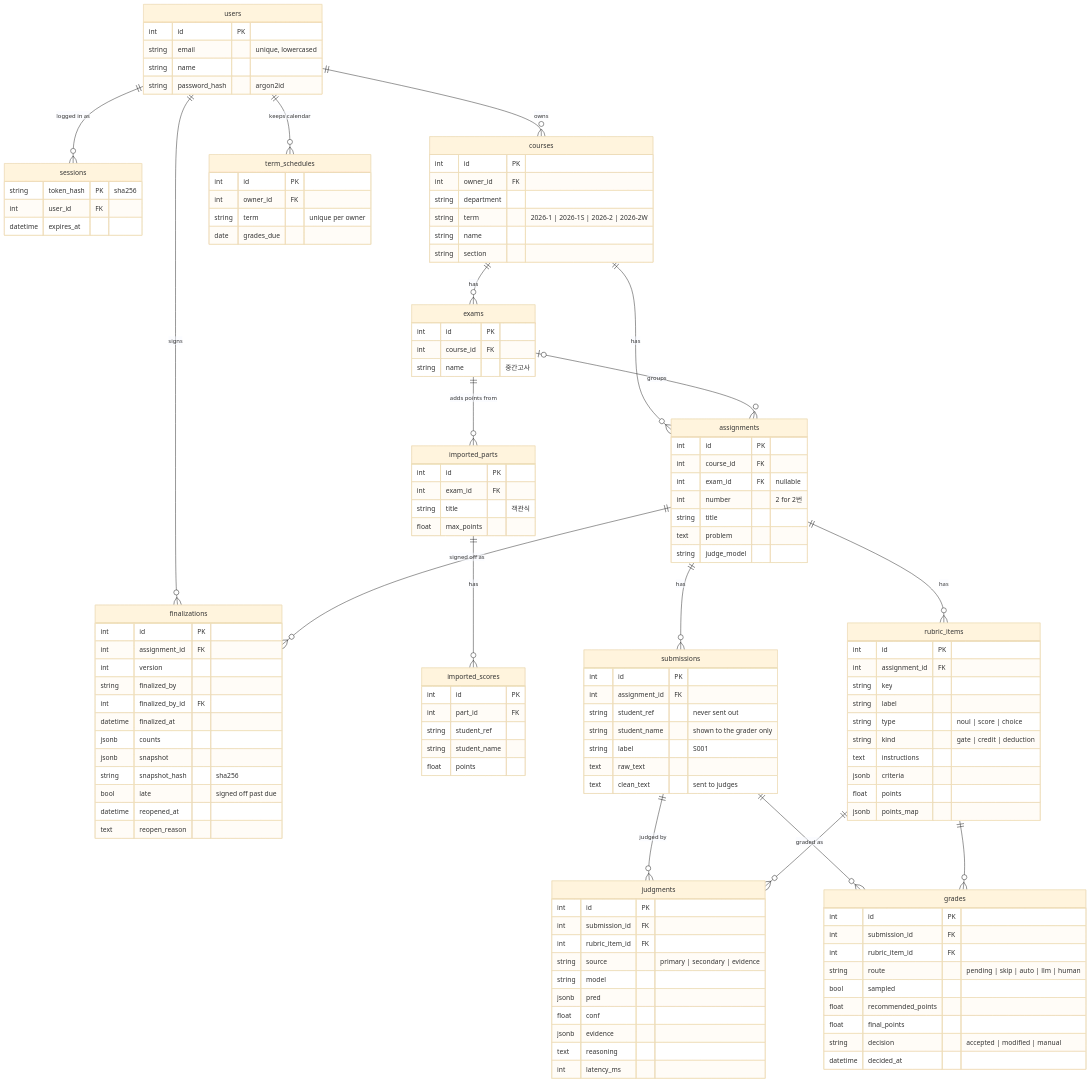
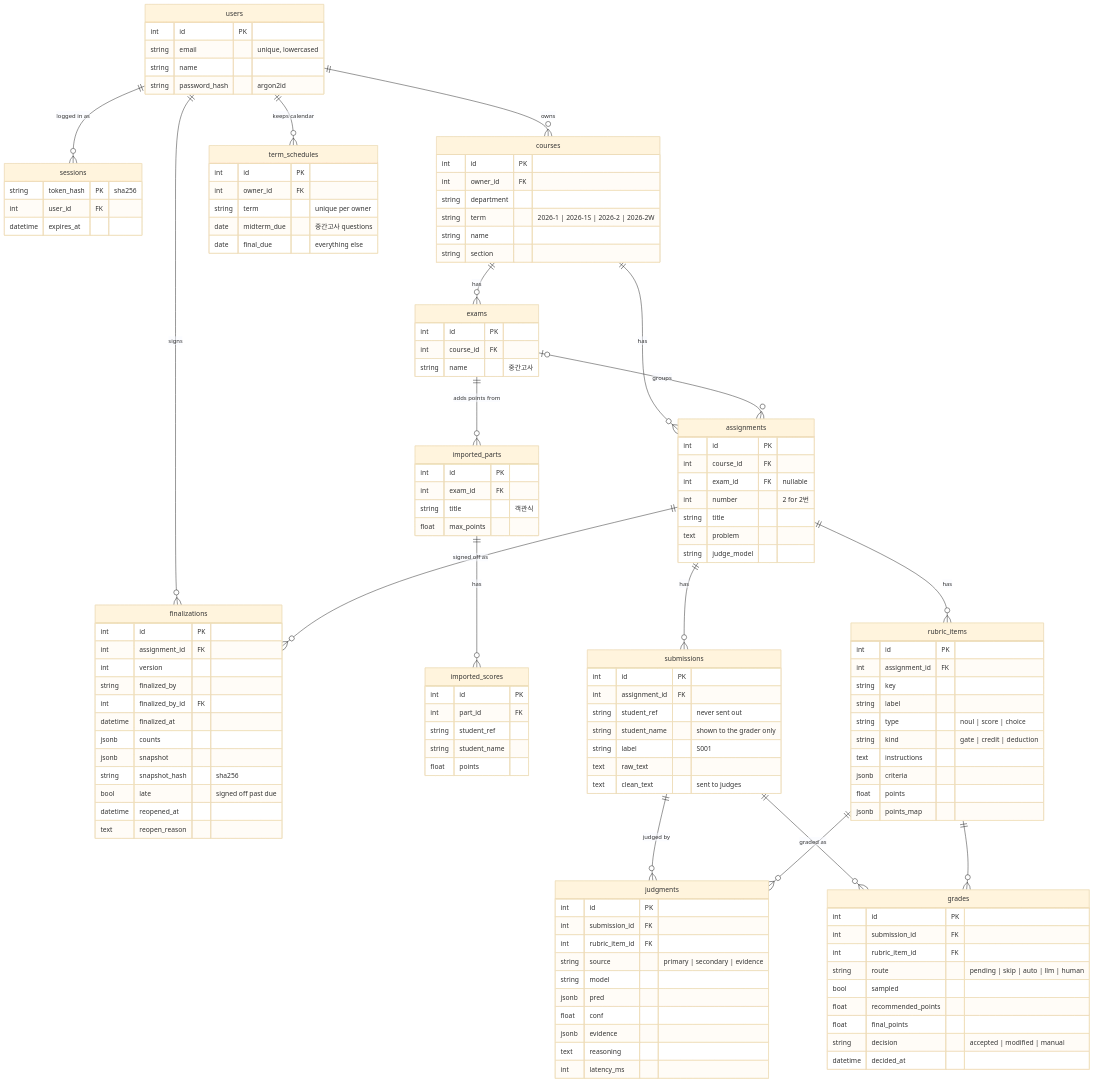
Before and after one commit to GrntKim/FastABC: the diagram in docs/development.md, drawn with Mermaid (base theme). The commit also changed other lines of this file and 16 other files, not shown here.

Commit message:
feat: split grade due dates into midterm and final and show each course's exams by period

````diff
--- a/docs/development.md
+++ b/docs/development.md
@@ -176,6 +176,7 @@
         int id PK
         int owner_id FK
         string term "unique per owner"
-        date grades_due
+        date midterm_due "중간고사 questions"
+        date final_due "everything else"
     }
 ```
````
